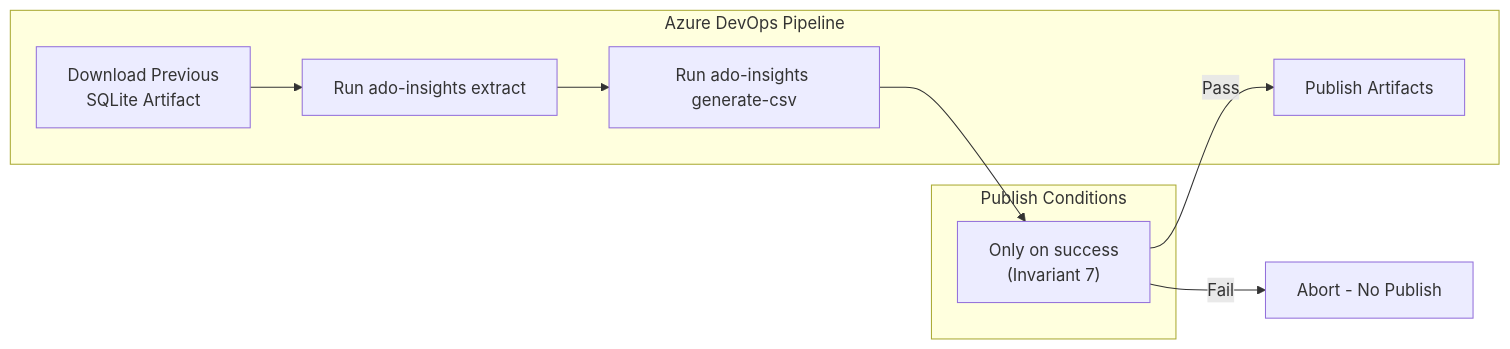
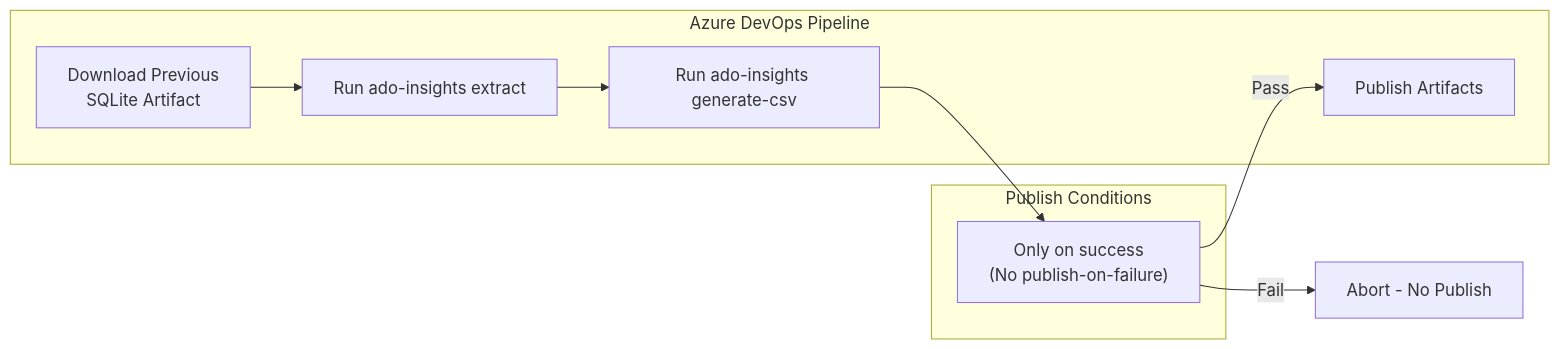
Before and after one commit to oddessentials/ado-git-repo-insights: the seventh of 7 diagrams in docs/reference/architecture.md, drawn with Mermaid. The commit also changed 17 other files, not shown here.

````diff
--- a/docs/reference/architecture.md
+++ b/docs/reference/architecture.md
@@ -280,19 +280,19 @@
 ```mermaid
 flowchart LR
     subgraph Pipeline["Azure DevOps Pipeline"]
         DOWNLOAD["Download Previous<br/>SQLite Artifact"]
         EXTRACT["Run ado-insights extract"]
         GEN_CSV["Run ado-insights generate-csv"]
         PUBLISH["Publish Artifacts"]
     end
 
     subgraph Conditions["Publish Conditions"]
-        SUCCESS_ONLY["Only on success<br/>(Invariant 7)"]
+        SUCCESS_ONLY["Only on success<br/>(No publish-on-failure)"]
     end
 
     DOWNLOAD --> EXTRACT
     EXTRACT --> GEN_CSV
     GEN_CSV --> SUCCESS_ONLY
     SUCCESS_ONLY -->|Pass| PUBLISH
     SUCCESS_ONLY -->|Fail| ABORT["Abort - No Publish"]
 ```
````
